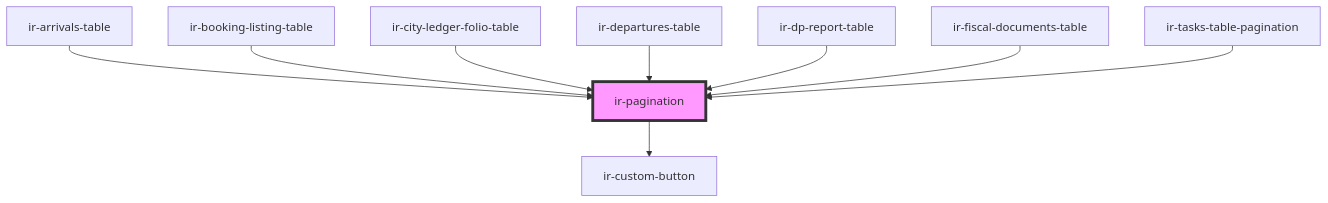
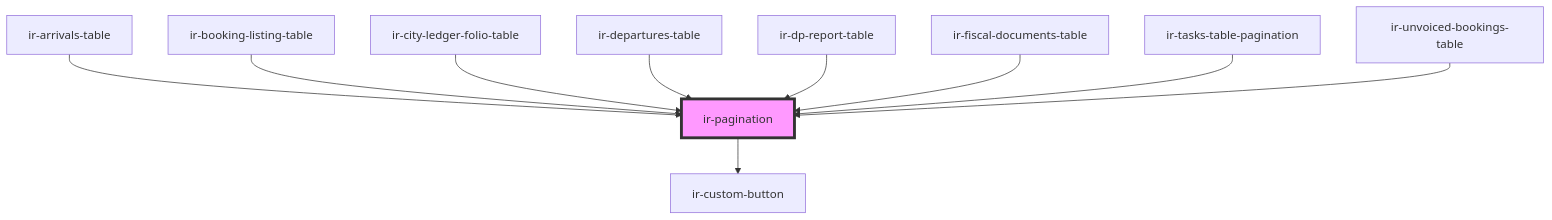
One commit to RonyRizk/ir-webcmp changed the diagram in src/components/ir-pagination/readme.md. Above: the diagram before and after it, drawn with Mermaid. The commit also changed other lines of this file and 244 other files, not shown here.

````diff
--- a/src/components/ir-pagination/readme.md
+++ b/src/components/ir-pagination/readme.md
@@ -53,12 +54,13 @@
 ```mermaid
 graph TD;
   ir-pagination --> ir-custom-button
   ir-arrivals-table --> ir-pagination
   ir-booking-listing-table --> ir-pagination
   ir-city-ledger-folio-table --> ir-pagination
   ir-departures-table --> ir-pagination
   ir-dp-report-table --> ir-pagination
   ir-fiscal-documents-table --> ir-pagination
   ir-tasks-table-pagination --> ir-pagination
+  ir-unvoiced-bookings-table --> ir-pagination
   style ir-pagination fill:#f9f,stroke:#333,stroke-width:4px
 ```
````
